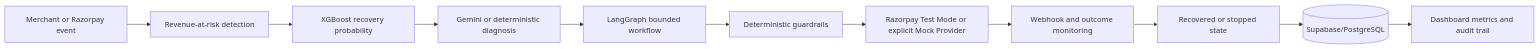
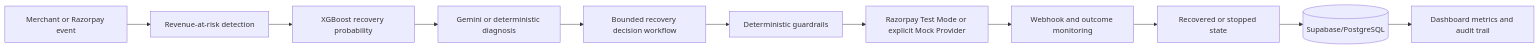
One commit to Samiabdus786/RecoverIQ changed the diagram in README.md. Above: the diagram before and after it, drawn with Mermaid.

````diff
--- a/README.md
+++ b/README.md
@@ -24,13 +24,13 @@
 ```mermaid
 flowchart LR
     A[Merchant or Razorpay event] --> B[Revenue-at-risk detection]
     B --> C[XGBoost recovery probability]
     C --> D[Gemini or deterministic diagnosis]
-    D --> E[LangGraph bounded workflow]
+    D --> E[Bounded recovery decision workflow]
     E --> F[Deterministic guardrails]
     F --> G[Razorpay Test Mode or explicit Mock Provider]
     G --> H[Webhook and outcome monitoring]
     H --> I[Recovered or stopped state]
     I --> J[(Supabase/PostgreSQL)]
     J --> K[Dashboard metrics and audit trail]
 ```
````
